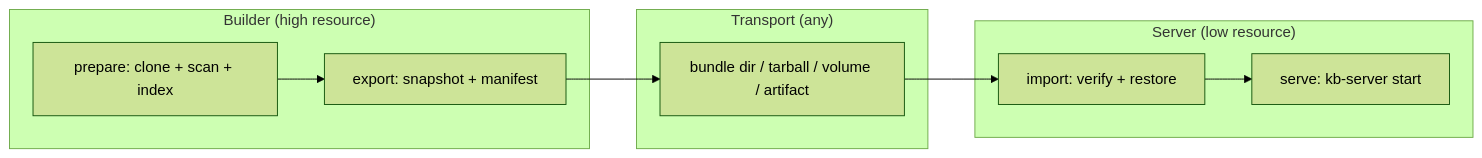
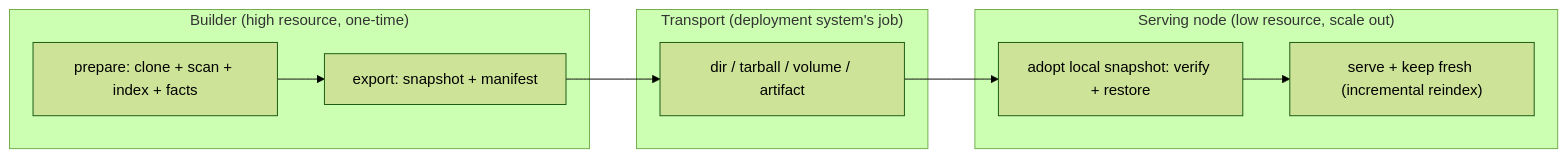
The diagram in packages/kb-server/HANDOFF.md (rosenjcb/kb), drawn with Mermaid (forest theme) before and after one commit. The commit also changed other lines of this file and 23 other files, not shown here.

First line of the commit message:
Rename prepared-state to snapshot; add `kb-server start --from` (#129)

````diff
--- a/packages/kb-server/HANDOFF.md
+++ b/packages/kb-server/HANDOFF.md
@@ -25,17 +30,17 @@
 ```mermaid
 flowchart LR
-  subgraph builder ["Builder (high resource)"]
-    B1["prepare: clone + scan + index"]
+  subgraph builder ["Builder (high resource, one-time)"]
+    B1["prepare: clone + scan + index + facts"]
     B2["export: snapshot + manifest"]
     B1 --> B2
   end
-  subgraph transport ["Transport (any)"]
-    T["bundle dir / tarball / volume / artifact"]
+  subgraph transport ["Transport (deployment system's job)"]
+    T["dir / tarball / volume / artifact"]
   end
-  subgraph server ["Server (low resource)"]
-    S1["import: verify + restore"]
-    S2["serve: kb-server start"]
+  subgraph server ["Serving node (low resource, scale out)"]
+    S1["adopt local snapshot: verify + restore"]
+    S2["serve + keep fresh (incremental reindex)"]
     S1 --> S2
   end
   B2 --> T --> S1
 ```
````
